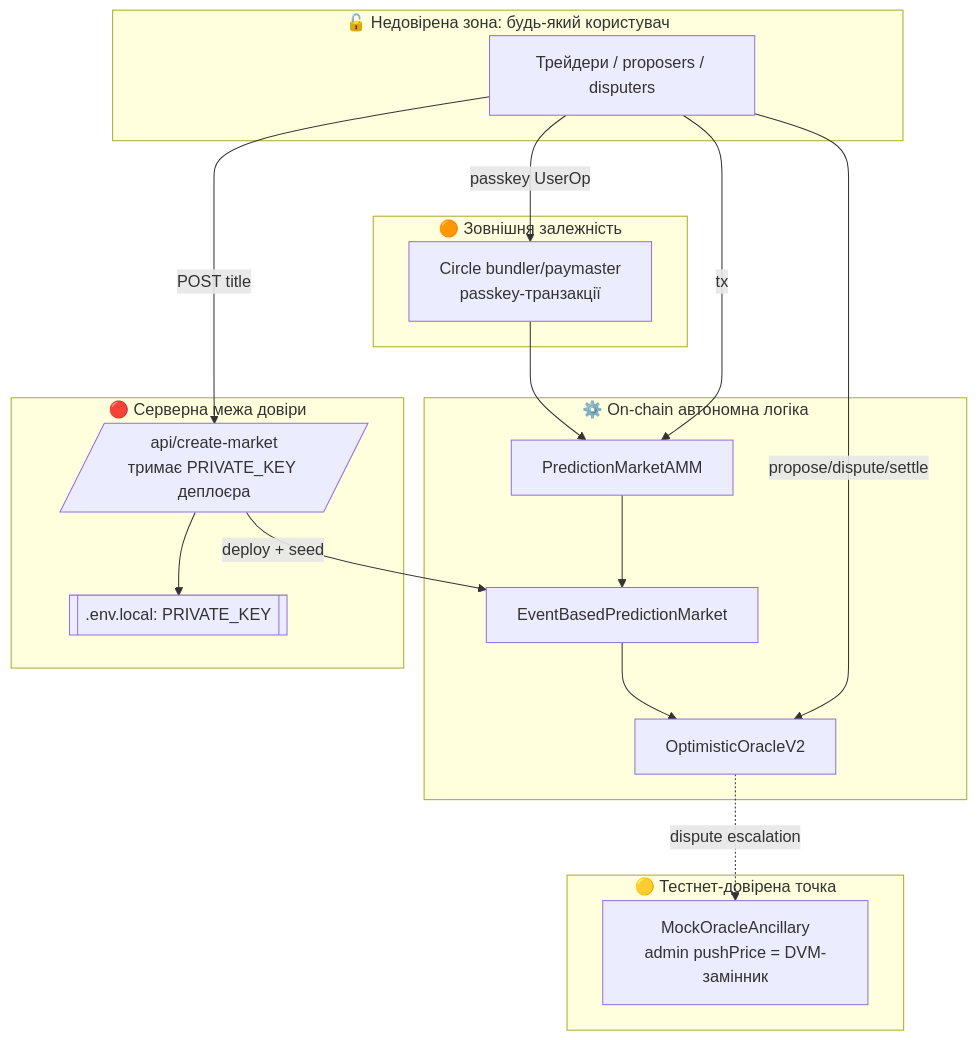
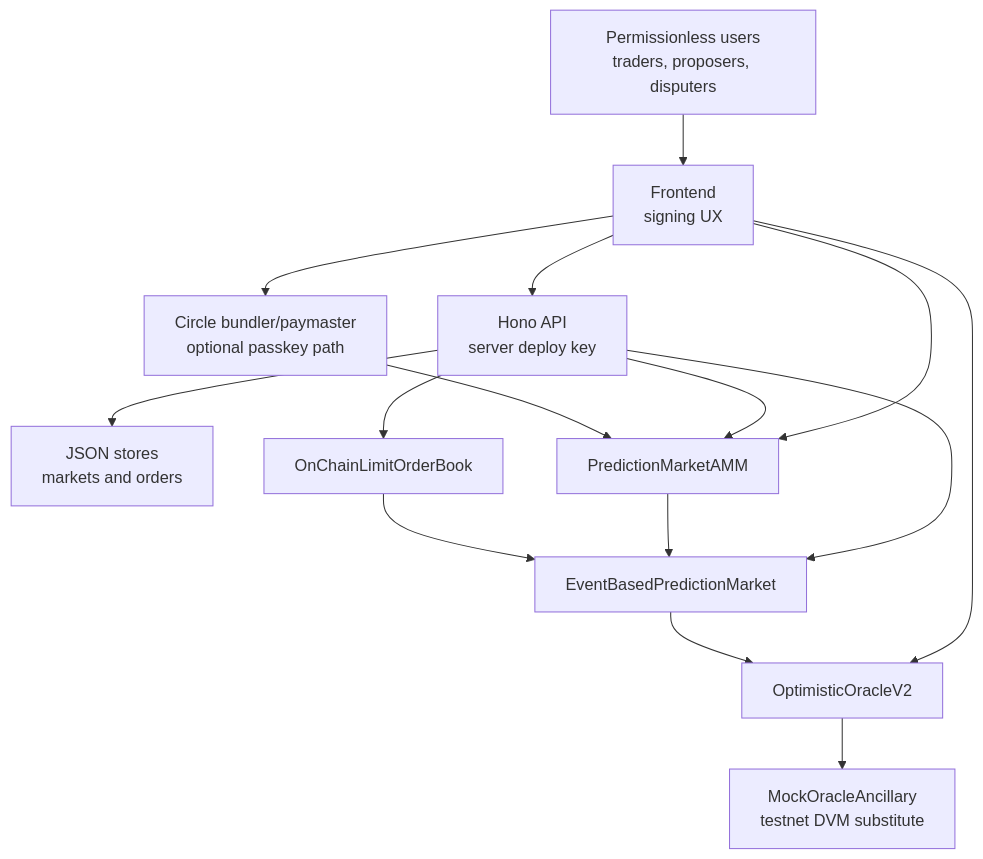
One commit to Kirashchuk/Predict-Edge changed the diagram in docs/smart-contract-map.md. Above: the diagram before and after it, drawn with Mermaid. The commit also changed other lines of this file and 42 other files, not shown here.

First line of the commit message:
Add on-chain CLOB limit order book + deploy ETH-market CLOB

````diff
--- a/docs/smart-contract-map.md
+++ b/docs/smart-contract-map.md
@@ -115,30 +232,28 @@
 ```mermaid
 graph TB
-    subgraph TB1["🔓 Недовірена зона: будь-який користувач"]
-        U[Трейдери / proposers / disputers]
-    end
-    subgraph TB2["⚙️ On-chain автономна логіка"]
-        AMM[PredictionMarketAMM]
-        MKT[EventBasedPredictionMarket]
-        OO[OptimisticOracleV2]
-    end
-    subgraph TB3["🟡 Тестнет-довірена точка"]
-        MOCK[MockOracleAncillary<br/>admin pushPrice = DVM-замінник]
-    end
-    subgraph TB4["🔴 Серверна межа довіри"]
-        API[/api/create-market<br/>тримає PRIVATE_KEY деплоєра/]
-        ENV[[.env.local: PRIVATE_KEY]]
-    end
-    subgraph TB5["🟠 Зовнішня залежність"]
-        CIRCLE[Circle bundler/paymaster<br/>passkey-транзакції]
-    end
+    Users["Permissionless users<br/>traders, proposers, disputers"]
+    App["Frontend<br/>signing UX"]
+    Api["Hono API<br/>server deploy key"]
+    Data["JSON stores<br/>markets and orders"]
+    AMM["PredictionMarketAMM"]
+    CLOB["OnChainLimitOrderBook"]
+    MKT["EventBasedPredictionMarket"]
+    OO["OptimisticOracleV2"]
+    Mock["MockOracleAncillary<br/>testnet DVM substitute"]
+    Circle["Circle bundler/paymaster<br/>optional passkey path"]
 
-    U -->|tx| AMM
-    U -->|propose/dispute/settle| OO
-    AMM --> MKT --> OO
-    OO -.dispute escalation.-> MOCK
-    U -->|POST title| API
-    API --> ENV
-    API -->|deploy + seed| MKT
-    U -->|passkey UserOp| CIRCLE --> AMM
+    Users --> App
+    App --> AMM
+    App --> OO
+    App --> Api
+    Api --> Data
+    Api --> MKT
+    Api --> AMM
+    Api --> CLOB
+    AMM --> MKT
+    CLOB --> MKT
+    MKT --> OO
+    OO --> Mock
+    App --> Circle
+    Circle --> AMM
 ```
````
